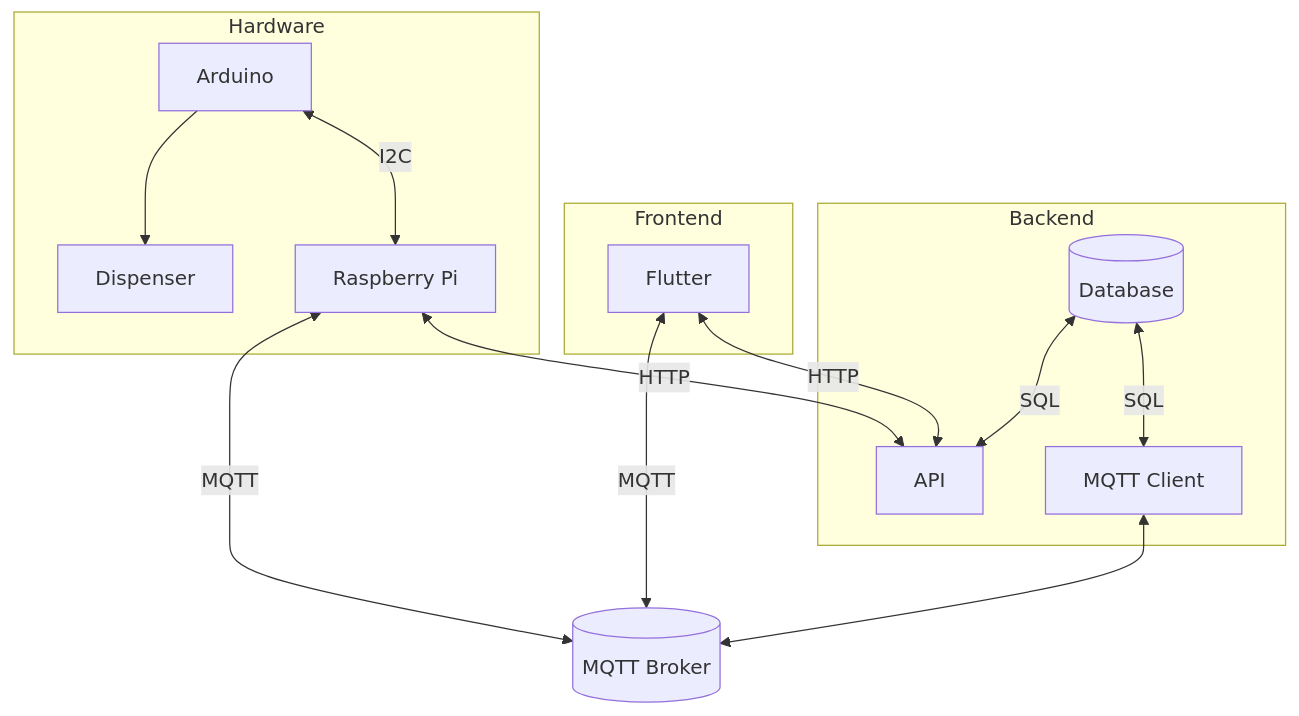
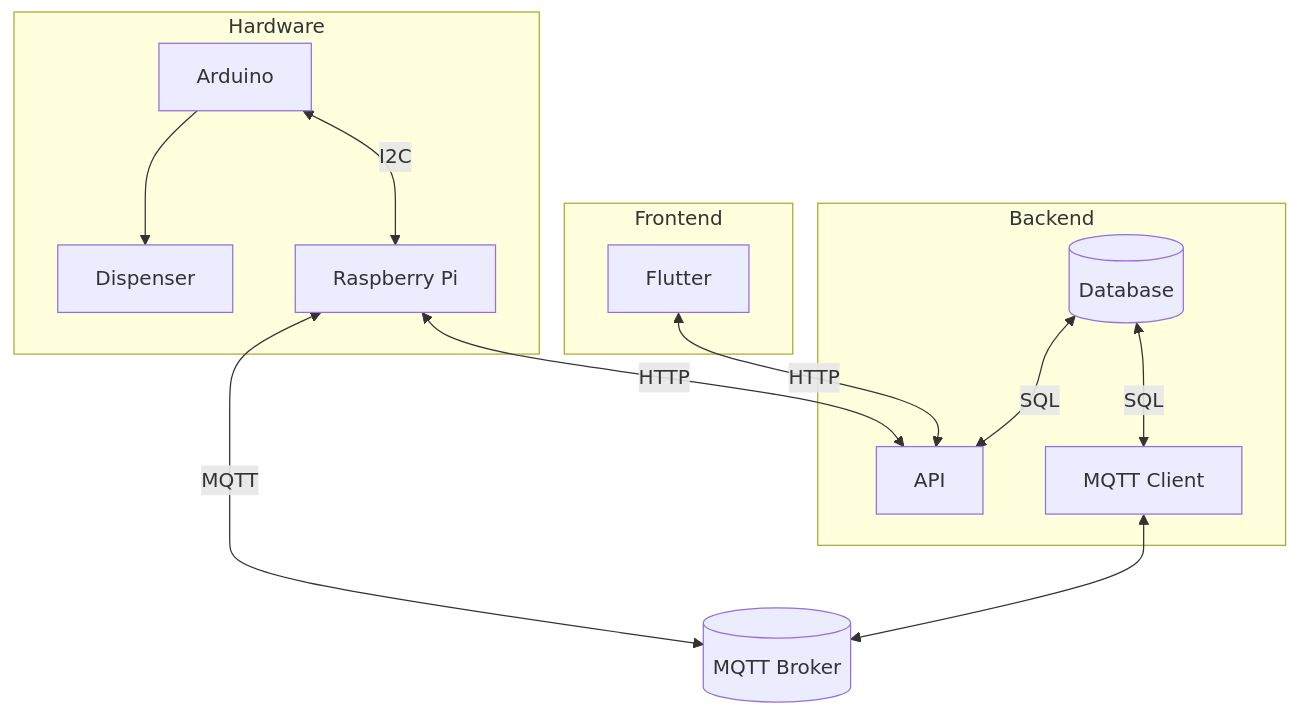
One commit to HealthHubert/.github changed the diagram in profile/README.md. Above: the diagram before and after it, drawn with Mermaid.

````diff
--- a/profile/README.md
+++ b/profile/README.md
@@ -4,34 +4,33 @@
 ```mermaid
 graph TD
     subgraph backend[Backend]
         db[(Database)]
         fastapi[API]
         mqttclient[MQTT Client]
     end
 
 
     subgraph hardware[Hardware]
         dispenser[Dispenser]
         arduino[Arduino]
         pi[Raspberry Pi]
     end
 
     subgraph frontend[Frontend]
         flutter[Flutter]
     end
 
     broker[(MQTT Broker)]
 
     mqttclient <--> broker
     db <--> |SQL| mqttclient
     db <--> |SQL| fastapi
 
-    flutter <--> |MQTT| broker
     flutter <--> |HTTP| fastapi
 
     arduino --> dispenser
     arduino <--> |I2C| pi
     
     pi <--> |MQTT| broker
     pi <--> |HTTP| fastapi
 ```
````
